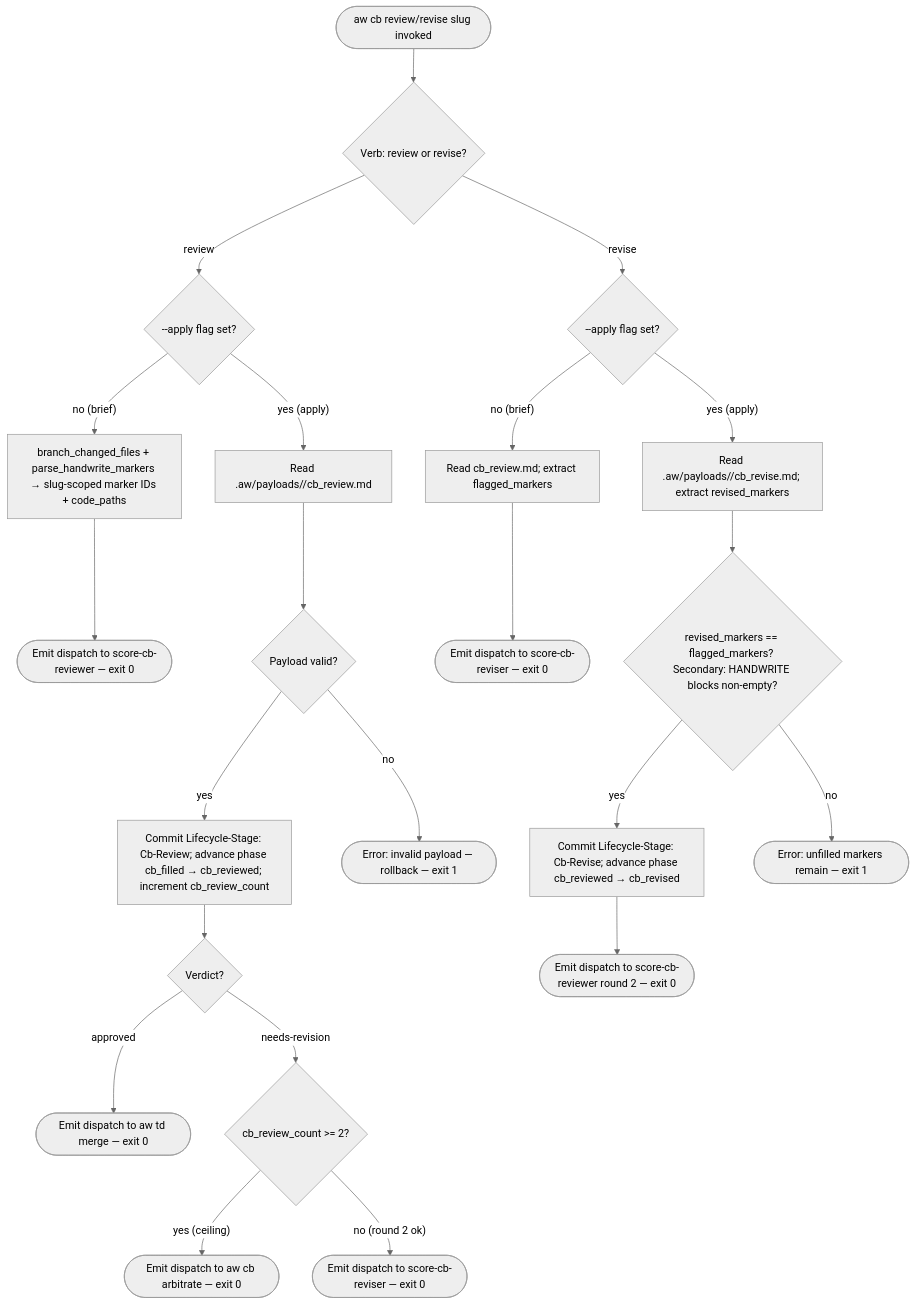
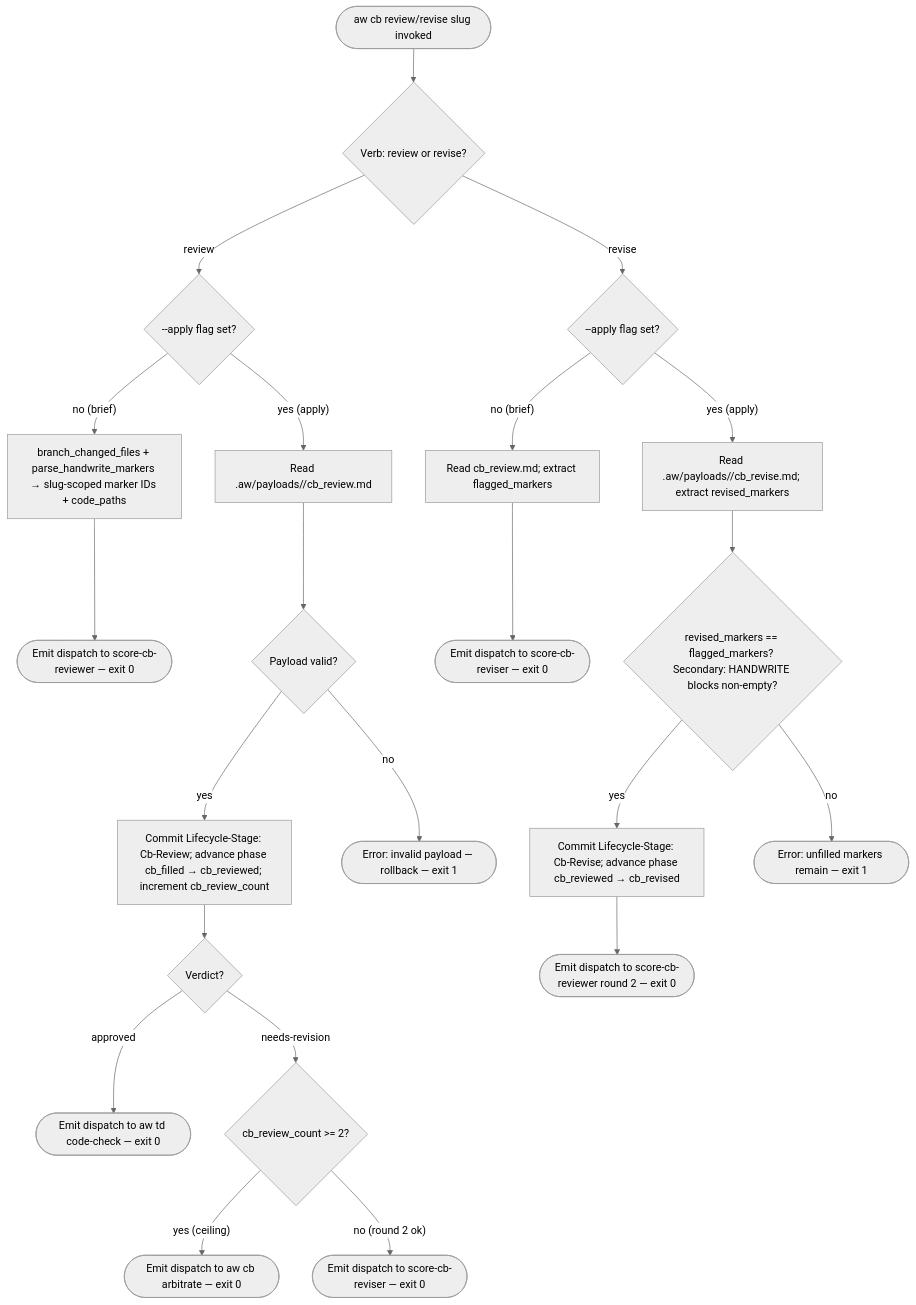
Before and after one commit to chrischeng-c4/axiom: the second of 3 diagrams in projects/agentic-workflow/tech-design/surface/specs/score-cb-review-revise-crrr.md, drawn with Mermaid (neutral theme). The commit also changed other lines of this file and 65 other files, not shown here.

```diff
--- a/projects/agentic-workflow/tech-design/surface/specs/score-cb-review-revise-crrr.md
+++ b/projects/agentic-workflow/tech-design/surface/specs/score-cb-review-revise-crrr.md
@@ -302,9 +302,9 @@
   review_apply_check_ceiling:
     kind: decision
     label: "cb_review_count >= 2?"
-  review_emit_td_merge:
+  review_emit_td_code_check:
     kind: terminal
-    label: "Emit dispatch to aw td merge; exit 0 (R9)"
+    label: "Emit dispatch to aw td code-check; exit 0 (R9)"
   review_emit_reviser:
     kind: terminal
     label: "Emit dispatch to score-cb-reviser (flagged_markers); exit 0 (R3)"
@@ -360,7 +360,7 @@
   - from: review_apply_commit
     to: review_apply_check_verdict
   - from: review_apply_check_verdict
-    to: review_emit_td_merge
+    to: review_emit_td_code_check
     label: "approved"
   - from: review_apply_check_verdict
     to: review_apply_check_ceiling
@@ -401,7 +401,7 @@
     review_apply_payload_valid -->|yes| review_apply_commit["Commit Lifecycle-Stage: Cb-Review; advance phase cb_filled → cb_reviewed; increment cb_review_count"]
     review_apply_payload_valid -->|no| review_apply_error_payload(["Error: invalid payload — rollback — exit 1"])
     review_apply_commit --> review_apply_check_verdict{"Verdict?"}
-    review_apply_check_verdict -->|approved| review_emit_td_merge(["Emit dispatch to aw td merge — exit 0"])
+    review_apply_check_verdict -->|approved| review_emit_td_code_check(["Emit dispatch to aw td code-check — exit 0"])
     review_apply_check_verdict -->|needs-revision| review_apply_check_ceiling{"cb_review_count >= 2?"}
     review_apply_check_ceiling -->|"yes (ceiling)"| review_emit_arbitrate(["Emit dispatch to aw cb arbitrate — exit 0"])
     review_apply_check_ceiling -->|"no (round 2 ok)"| review_emit_reviser(["Emit dispatch to score-cb-reviser — exit 0"])
```
